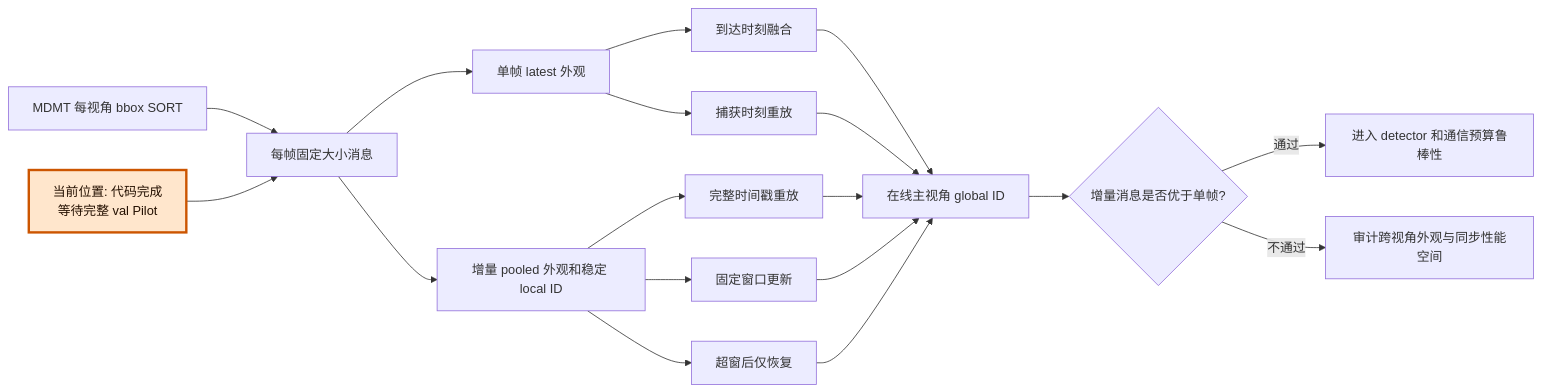
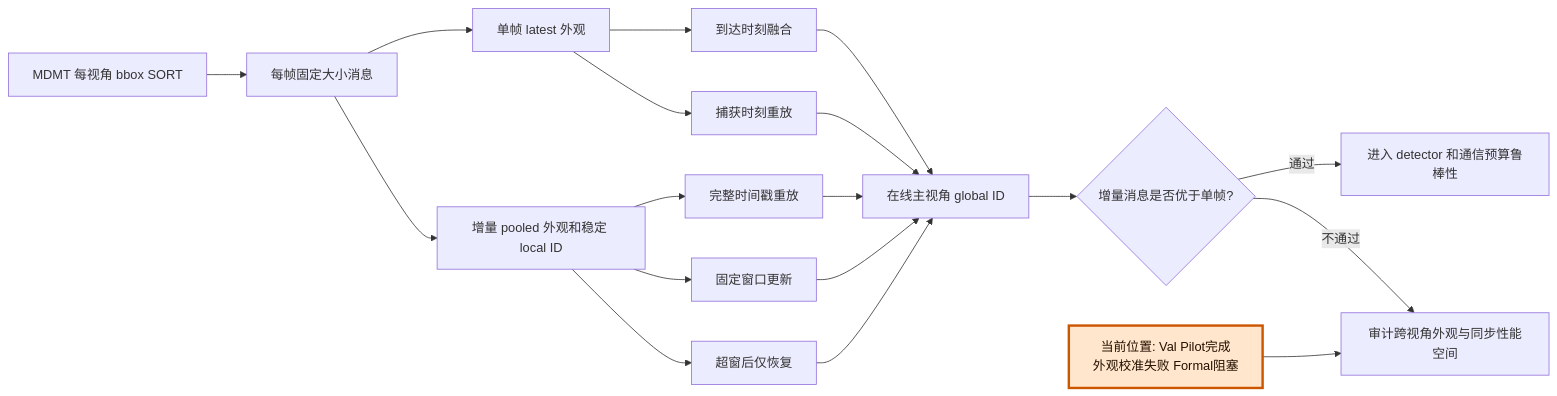
The diagram in mermaid/exp_20260803_002_mdmt_async_incremental_tracklet_fusion/fusion_flow.mmd (Judecoodingspace/matrix_async_comm_tracking), drawn with Mermaid before and after one commit. The commit also changed 66 other files, not shown here.

```diff
--- a/mermaid/exp_20260803_002_mdmt_async_incremental_tracklet_fusion/fusion_flow.mmd
+++ b/mermaid/exp_20260803_002_mdmt_async_incremental_tracklet_fusion/fusion_flow.mmd
@@ -1,19 +1,19 @@
 flowchart LR
     A[MDMT 每视角 bbox SORT] --> B[每帧固定大小消息]
     B --> C1[单帧 latest 外观]
     B --> C2[增量 pooled 外观和稳定 local ID]
     C1 --> D1[到达时刻融合]
     C1 --> D2[捕获时刻重放]
     C2 --> D3[完整时间戳重放]
     C2 --> D4[固定窗口更新]
     C2 --> D5[超窗后仅恢复]
     D1 --> E[在线主视角 global ID]
     D2 --> E
     D3 --> E
     D4 --> E
     D5 --> E
     E --> F{增量消息是否优于单帧?}
     F -->|通过| G[进入 detector 和通信预算鲁棒性]
     F -->|不通过| H[审计跨视角外观与同步性能空间]
-    N[当前位置: 代码完成<br>等待完整 val Pilot]:::current --> B
+    N[当前位置: Val Pilot完成<br>外观校准失败 Formal阻塞]:::current --> H
     classDef current fill:#ffe6cc,stroke:#cc5500,stroke-width:3px,color:#241000
```
